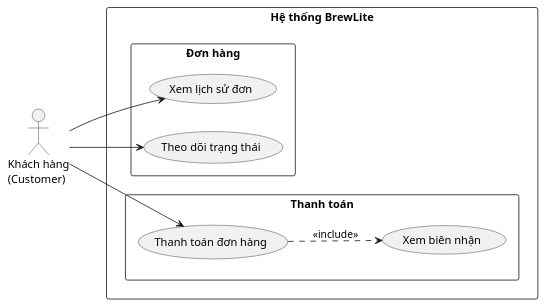
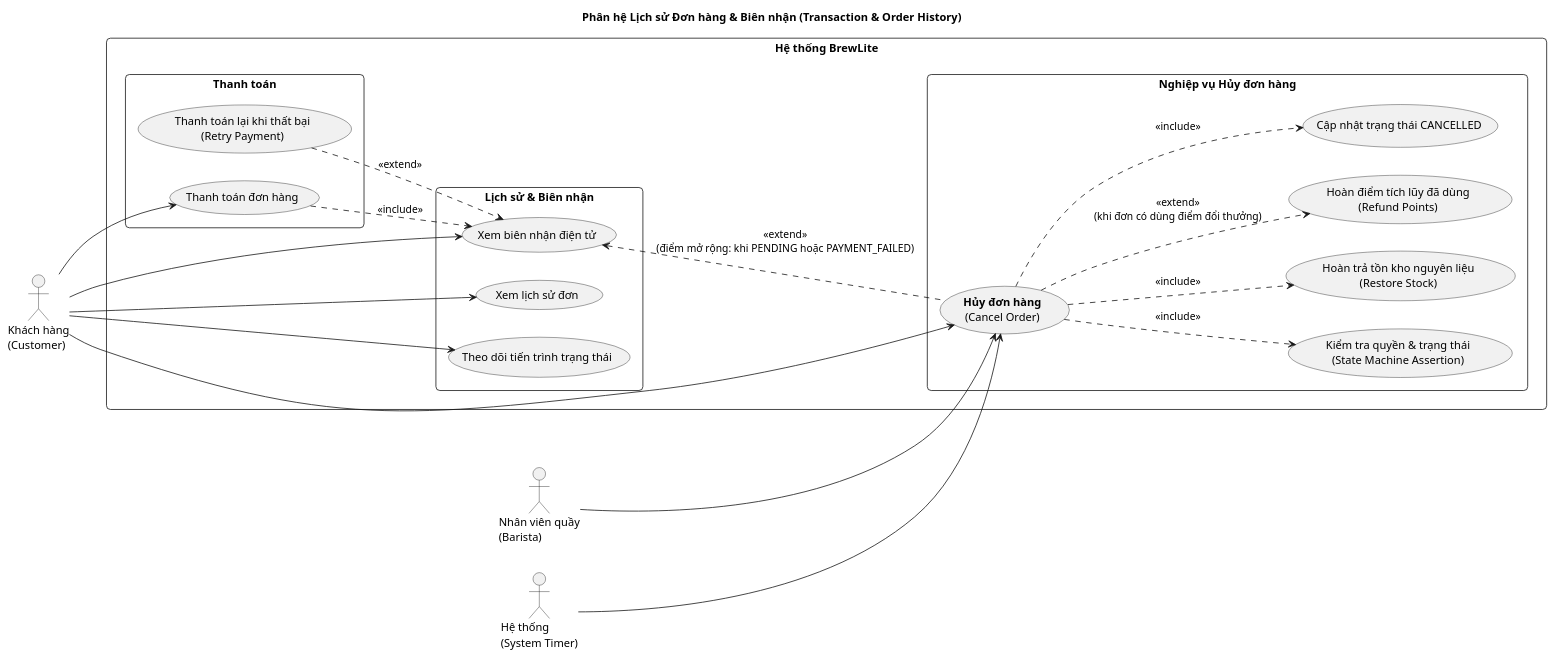
Before and after one commit to Phuc280106/BrewLite2: the diagram in docs/diagrams/transaction/usecase-order-history.puml, drawn with PlantUML. The commit also changed 5 other files, not shown here.

Commit message:
docs(diagrams): cap nhat usecase va sequence cho cac phan he theo gop y review

```diff
--- a/docs/diagrams/transaction/usecase-order-history.puml
+++ b/docs/diagrams/transaction/usecase-order-history.puml
@@ -1,27 +1,61 @@
-@startuml
+@startuml usecase_order_history
+title Phân hệ Lịch sử Đơn hàng & Biên nhận (Transaction & Order History)
 left to right direction
+
+' --- Cấu hình giao diện chuẩn đen trắng (Monochrome UML 2.5) ---
+skinparam monochrome true
 skinparam packageStyle rectangle
+skinparam shadowing false
+skinparam actorStyle stickman
+skinparam roundCorner 10
 
+' --- Khai báo Actor ---
 actor "Khách hàng\n(Customer)" as Customer
+actor "Nhân viên quầy\n(Barista)" as Barista
+actor "Hệ thống\n(System Timer)" as SystemTimer
 
 rectangle "Hệ thống BrewLite" {
 
-    package "Đơn hàng" {
+    package "Lịch sử & Biên nhận" {
         usecase "Xem lịch sử đơn" as ViewHistory
-        usecase "Theo dõi trạng thái" as TrackStatus
+        usecase "Xem biên nhận điện tử" as ViewReceipt
+        usecase "Theo dõi tiến trình trạng thái" as TrackStatus
+    }
+
+    package "Nghiệp vụ Hủy đơn hàng" {
+        usecase "<b>Hủy đơn hàng</b>\n(Cancel Order)" as CancelOrder
+        usecase "Kiểm tra quyền & trạng thái\n(State Machine Assertion)" as ValidateCancel
+        usecase "Hoàn trả tồn kho nguyên liệu\n(Restore Stock)" as RestoreStock
+        usecase "Hoàn điểm tích lũy đã dùng\n(Refund Points)" as RefundPoints
+        usecase "Cập nhật trạng thái CANCELLED" as UpdateStatus
     }
 
     package "Thanh toán" {
         usecase "Thanh toán đơn hàng" as Payment
-        usecase "Xem biên nhận" as ViewReceipt
+        usecase "Thanh toán lại khi thất bại\n(Retry Payment)" as RetryPayment
     }
 
-    ' Tương tác của Khách hàng
+    ' --- Tương tác của Actor ---
     Customer --> ViewHistory
+    Customer --> ViewReceipt
     Customer --> TrackStatus
     Customer --> Payment
+    Customer --> CancelOrder
 
-    ' Mối quan hệ include
+    Barista --> CancelOrder
+    SystemTimer --> CancelOrder
+
+    ' --- Quan hệ include & extend ---
     Payment ..> ViewReceipt : <<include>>
+    RetryPayment ..> ViewReceipt : <<extend>>
+
+    ' Khách hàng hủy đơn mở rộng từ màn hình Biên nhận / Theo dõi trạng thái
+    CancelOrder .up.> ViewReceipt : <<extend>>\n(điểm mở rộng: khi PENDING hoặc PAYMENT_FAILED)
+
+    ' Các bước bắt buộc trong nghiệp vụ Hủy đơn hàng
+    CancelOrder ..> ValidateCancel : <<include>>
+    CancelOrder ..> RestoreStock : <<include>>
+    CancelOrder ..> UpdateStatus : <<include>>
+    CancelOrder ..> RefundPoints : <<extend>>\n(khi đơn có dùng điểm đổi thưởng)
 }
 @enduml
```
